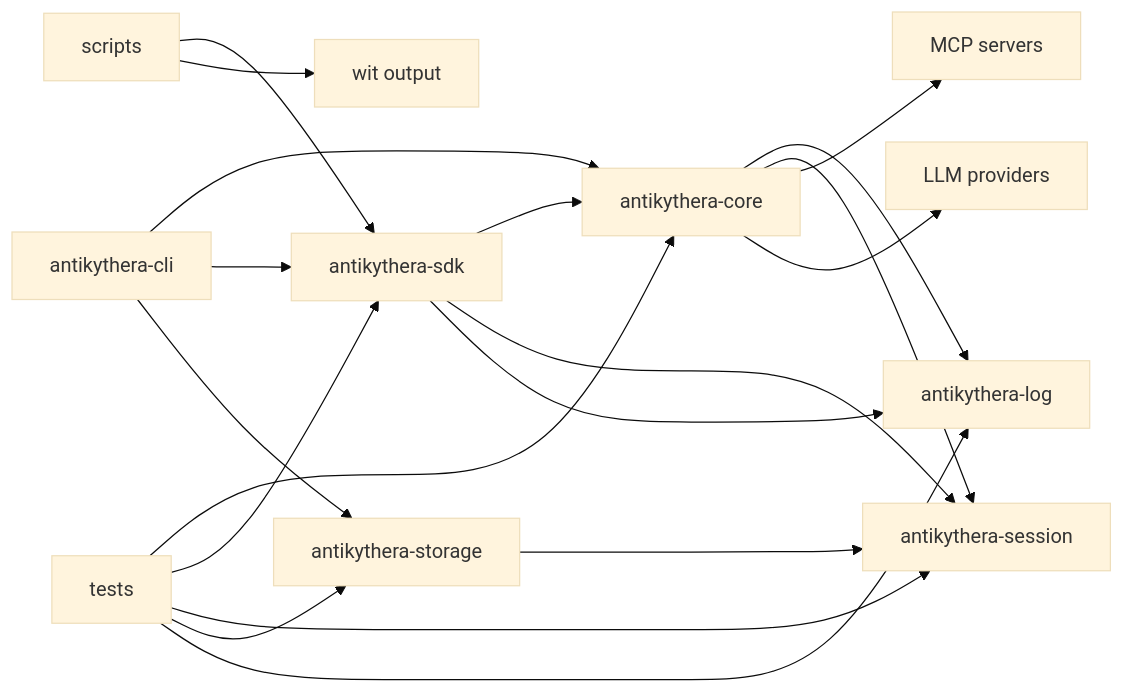
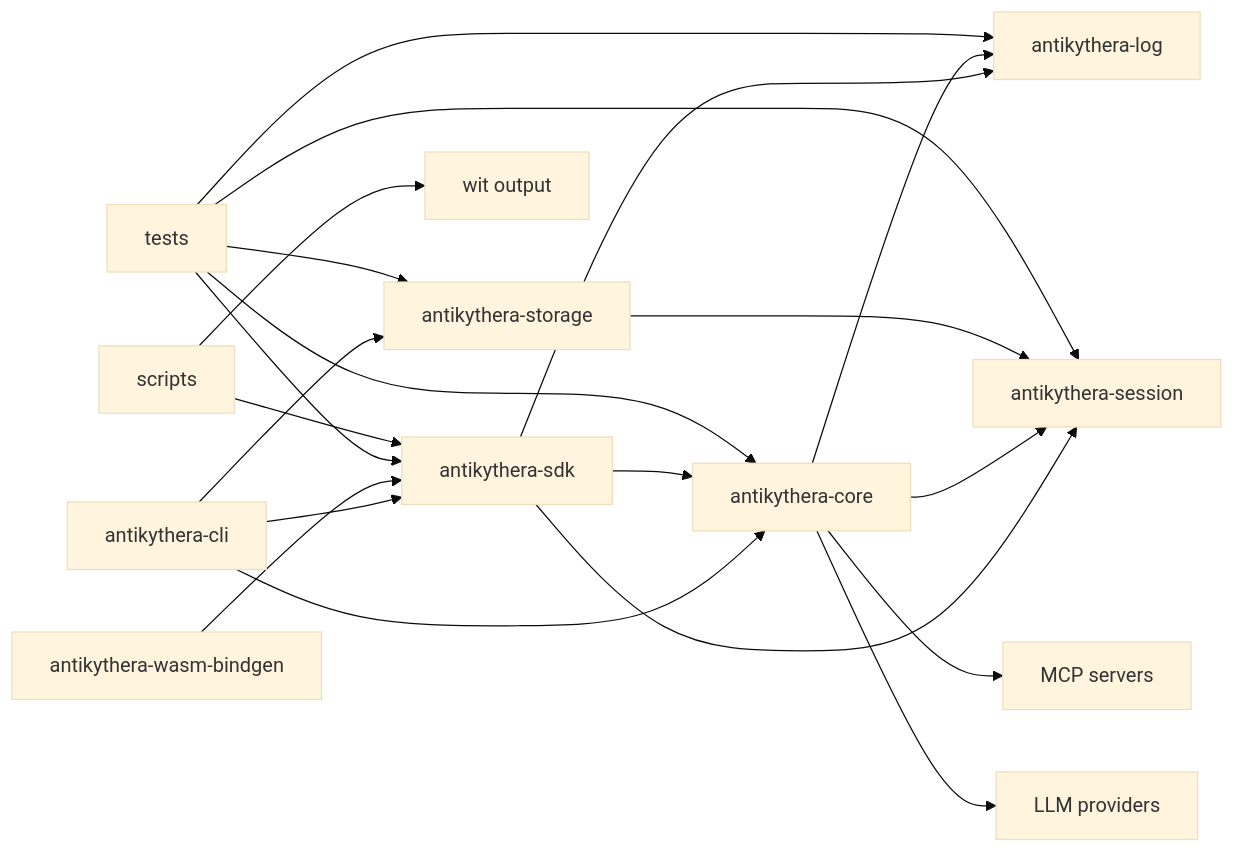
The second of 2 diagrams in documentation/WORKSPACE.md (tsfarizi/antikythera-mcp-framework), drawn with Mermaid (base theme) before and after one commit. The commit also changed other lines of this file and 6 other files, not shown here.

````diff
--- a/documentation/WORKSPACE.md
+++ b/documentation/WORKSPACE.md
@@ -39,21 +42,22 @@
 ```mermaid
 flowchart LR
     CLI[antikythera-cli] --> CORE[antikythera-core]
     CLI --> SDK[antikythera-sdk]
     CLI --> STORAGE[antikythera-storage]
     SDK --> CORE
     SDK --> SESSION[antikythera-session]
     SDK --> LOG[antikythera-log]
+    WASM_BINDGEN[antikythera-wasm-bindgen] --> SDK
     CORE --> LOG
     CORE --> SESSION
     CORE --> MCP[MCP servers]
     CORE --> LLM[LLM providers]
     STORAGE --> SESSION
     TESTS[tests] --> CORE
     TESTS --> SDK
     TESTS --> SESSION
     TESTS --> STORAGE
     TESTS --> LOG
     SCRIPTS[scripts] --> SDK
     SCRIPTS --> WIT[wit output]
 ```
````
